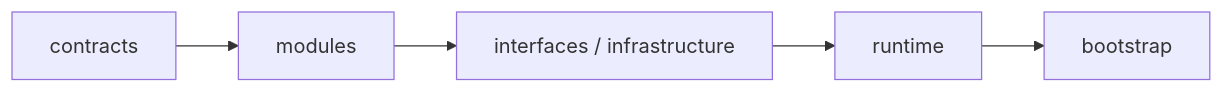
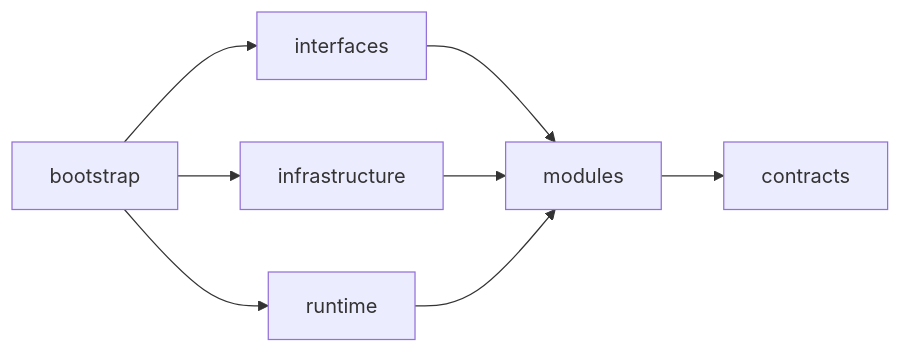
The first of 2 diagrams in run/docs/system-design.md (fadfasfa/claude-code-test), drawn with Mermaid before and after one commit. The commit also changed other lines of this file and 145 other files, not shown here.

````diff
--- a/run/docs/system-design.md
+++ b/run/docs/system-design.md
@@ -7,7 +7,10 @@
 ```mermaid
 flowchart LR
-    Contracts["contracts"] --> Modules["modules"]
-    Modules --> Adapters["interfaces / infrastructure"]
-    Adapters --> Runtime["runtime"]
-    Runtime --> Bootstrap["bootstrap"]
+    Modules["modules"] --> Contracts["contracts"]
+    Interfaces["interfaces"] --> Modules
+    Infrastructure["infrastructure"] --> Modules
+    Runtime["runtime"] --> Modules
+    Bootstrap["bootstrap"] --> Interfaces
+    Bootstrap --> Infrastructure
+    Bootstrap --> Runtime
 ```
````
